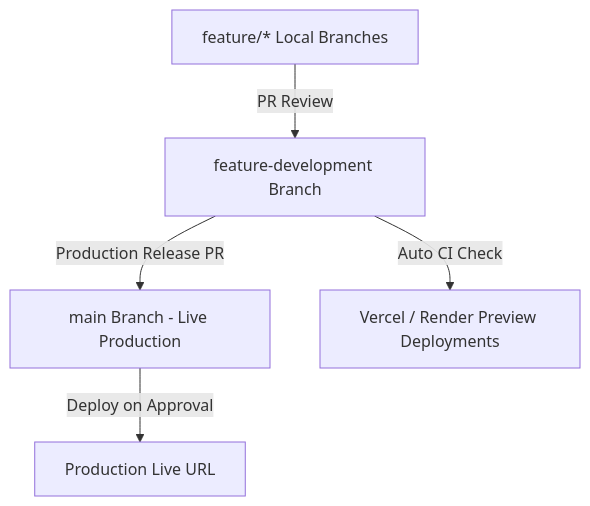
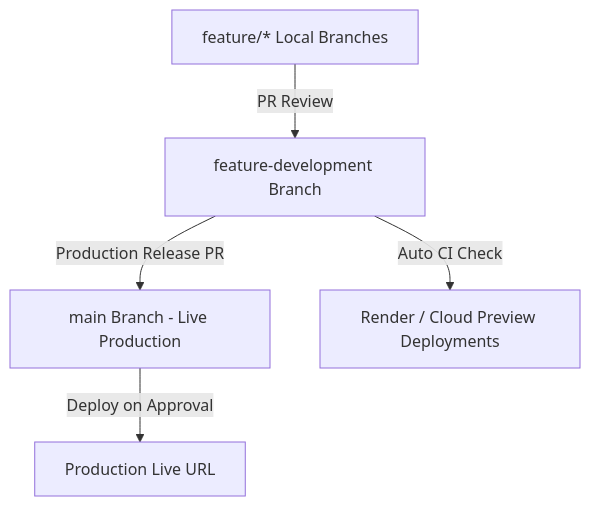
Before and after one commit to ravitrivedi2345-ops/JalRakshak-AI: the diagram in DEVELOPMENT_WORKFLOW.md, drawn with Mermaid. The commit also changed other lines of this file and 21 other files, not shown here.

````diff
--- a/DEVELOPMENT_WORKFLOW.md
+++ b/DEVELOPMENT_WORKFLOW.md
@@ -9,7 +9,7 @@
 ```mermaid
 graph TD
     Main[main Branch - Live Production] -->|Deploy on Approval| Prod[Production Live URL]
-    Dev[feature-development Branch] -->|Auto CI Check| Preview[Vercel / Render Preview Deployments]
+    Dev[feature-development Branch] -->|Auto CI Check| Preview[Render / Cloud Preview Deployments]
     Feature[feature/* Local Branches] -->|PR Review| Dev
     Dev -->|Production Release PR| Main
 ```
````
